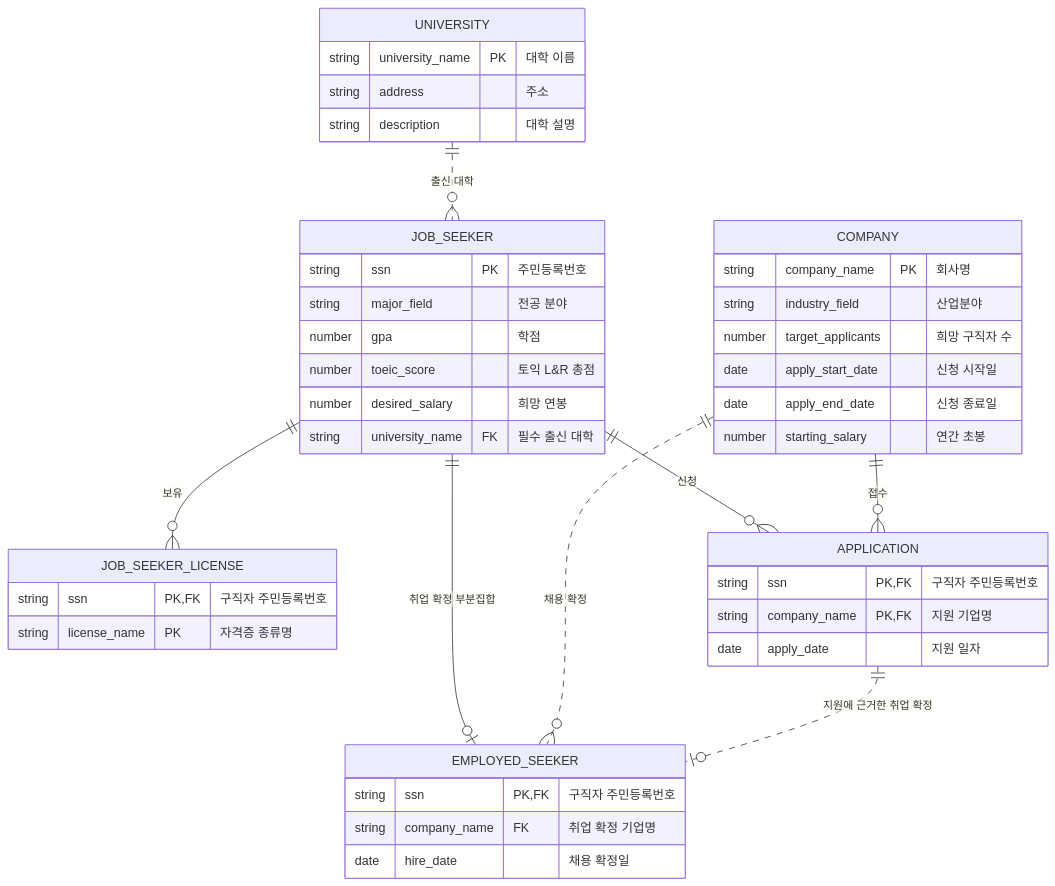
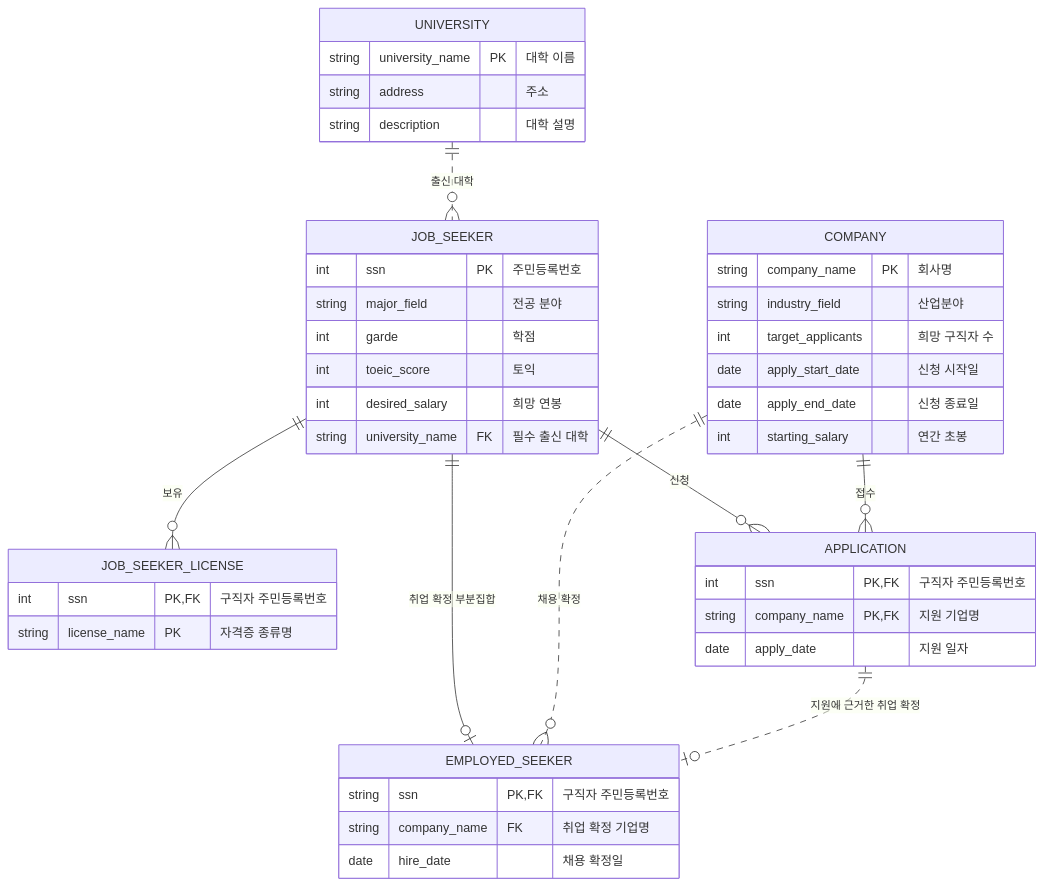
One commit to Jung-wonwoo/database changed the first of 2 diagrams in er.md. Above: the diagram before and after it, drawn with Mermaid. The commit also changed other lines of this file, not shown here.

````diff
--- a/er.md
+++ b/er.md
@@ -15,45 +15,45 @@
 ```mermaid
 erDiagram
     UNIVERSITY {
         string university_name PK "대학 이름"
         string address "주소"
         string description "대학 설명"
     }
     COMPANY {
         string company_name PK "회사명"
         string industry_field "산업분야"
-        number target_applicants "희망 구직자 수"
+        int target_applicants "희망 구직자 수"
         date apply_start_date "신청 시작일"
         date apply_end_date "신청 종료일"
-        number starting_salary "연간 초봉"
+        int starting_salary "연간 초봉"
     }
     JOB_SEEKER {
-        string ssn PK "주민등록번호"
+        int ssn PK "주민등록번호"
         string major_field "전공 분야"
-        number gpa "학점"
-        number toeic_score "토익 L&R 총점"
-        number desired_salary "희망 연봉"
+        int garde "학점"
+        int toeic_score "토익"
+        int desired_salary "희망 연봉"
         string university_name FK "필수 출신 대학"
     }
     JOB_SEEKER_LICENSE {
-        string ssn PK, FK "구직자 주민등록번호"
+        int ssn PK, FK "구직자 주민등록번호"
         string license_name PK "자격증 종류명"
     }
     APPLICATION {
-        string ssn PK, FK "구직자 주민등록번호"
+        int ssn PK, FK "구직자 주민등록번호"
         string company_name PK, FK "지원 기업명"
         date apply_date "지원 일자"
     }
     EMPLOYED_SEEKER {
         string ssn PK, FK "구직자 주민등록번호"
         string company_name FK "취업 확정 기업명"
         date hire_date "채용 확정일"
     }
     UNIVERSITY ||..o{ JOB_SEEKER : "출신 대학"
     JOB_SEEKER ||--o{ JOB_SEEKER_LICENSE : "보유"
     JOB_SEEKER ||--o{ APPLICATION : "신청"
     COMPANY ||--o{ APPLICATION : "접수"
     JOB_SEEKER ||--o| EMPLOYED_SEEKER : "취업 확정 부분집합"
     COMPANY ||..o{ EMPLOYED_SEEKER : "채용 확정"
     APPLICATION ||..o| EMPLOYED_SEEKER : "지원에 근거한 취업 확정"
 ```
````
